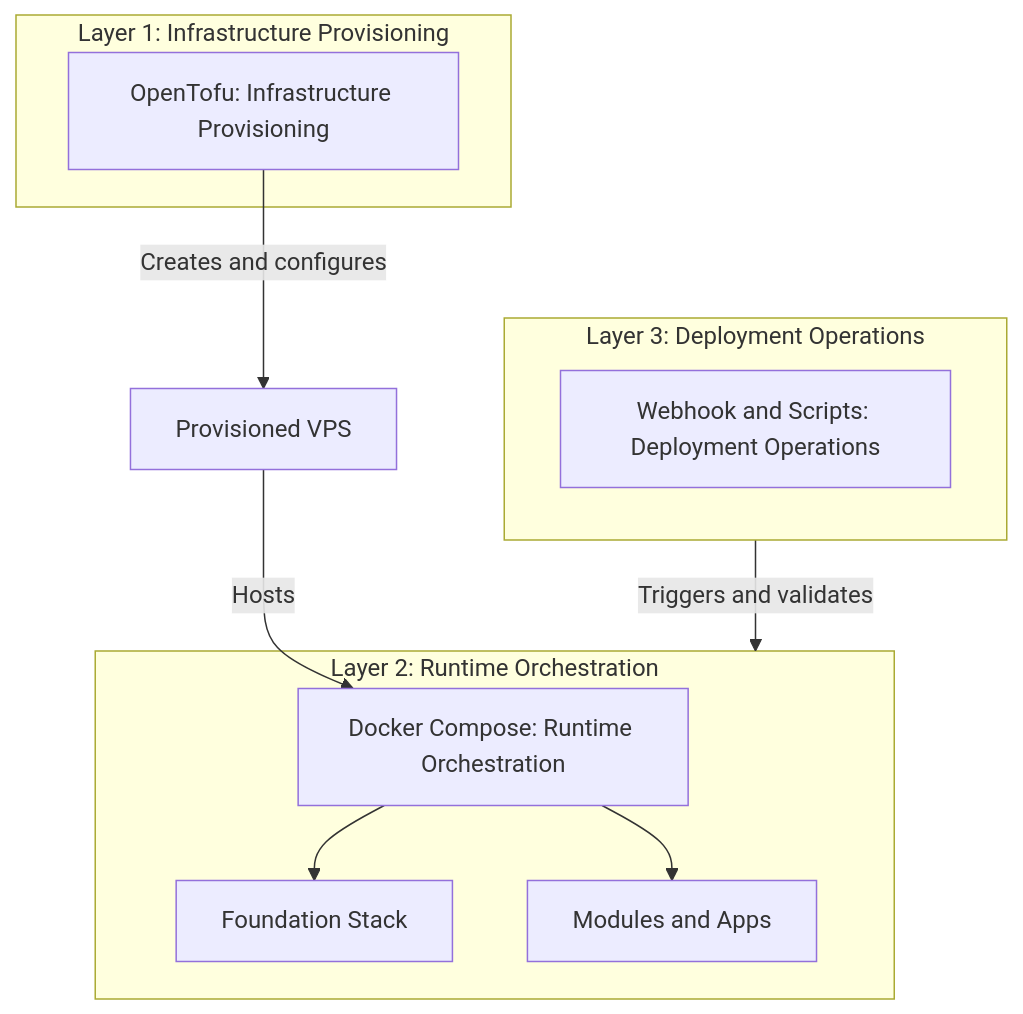
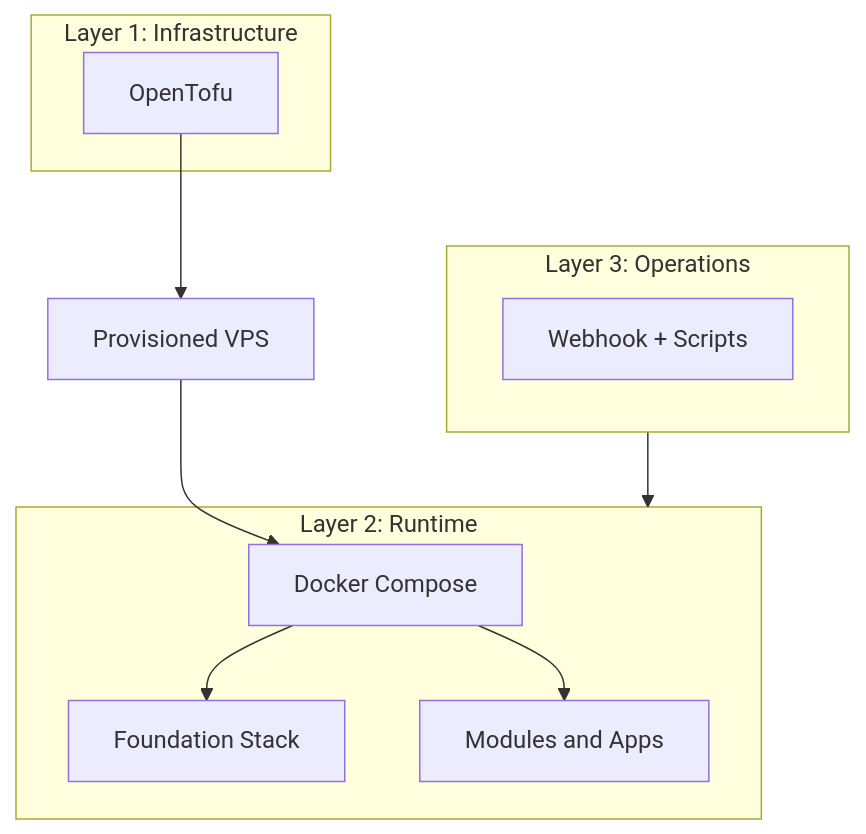
Before and after one commit to peermesh/docker-lab-docs: the first of 4 diagrams in docs/deployment.md, drawn with Mermaid. The commit also changed other lines of this file and 13 other files, not shown here.

First line of the commit message:
fix: improve diagram legibility and icon rendering

````diff
--- a/docs/deployment.md
+++ b/docs/deployment.md
@@ -21,29 +21,29 @@
 ```mermaid
 flowchart TB
-    OpenTofu["OpenTofu: Infrastructure Provisioning"]
-    Compose["Docker Compose: Runtime Orchestration"]
-    DeployOps["Webhook and Scripts: Deployment Operations"]
+    OpenTofu["OpenTofu"]
+    Compose["Docker Compose"]
+    DeployOps["Webhook + Scripts"]
     VPS["Provisioned VPS"]
     Foundation["Foundation Stack"]
     Modules["Modules and Apps"]
 
-    subgraph InfraLayer["Layer 1: Infrastructure Provisioning"]
+    subgraph InfraLayer["Layer 1: Infrastructure"]
         OpenTofu
     end
 
-    subgraph RuntimeLayer["Layer 2: Runtime Orchestration"]
+    subgraph RuntimeLayer["Layer 2: Runtime"]
         Compose
         Foundation
         Modules
     end
 
-    subgraph OpsLayer["Layer 3: Deployment Operations"]
+    subgraph OpsLayer["Layer 3: Operations"]
         DeployOps
     end
 
-    OpenTofu -->|"Creates and configures"| VPS
-    VPS -->|"Hosts"| Compose
+    OpenTofu --> VPS
+    VPS --> Compose
     Compose --> Foundation
     Compose --> Modules
-    OpsLayer -->|"Triggers and validates"| RuntimeLayer
+    OpsLayer --> RuntimeLayer
 ```
````
